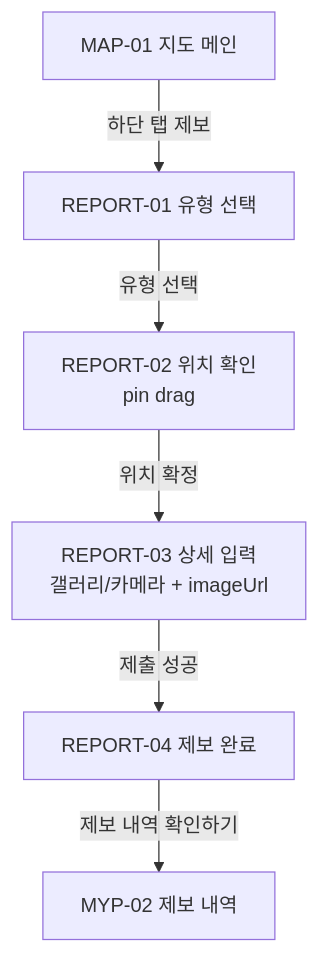
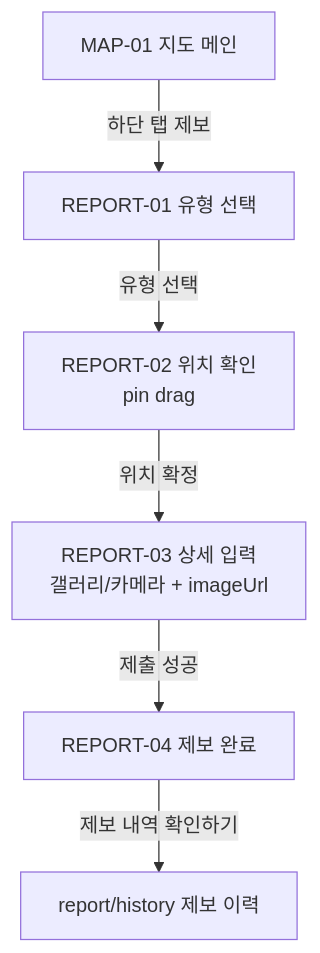
Before and after one commit to busaneumgil/busaneumgil: the second of 5 diagrams in FE/docs/2026-04-22_부산이음길_FE_화면_인벤토리_및_라우트_맵.md, drawn with Mermaid. The commit also changed other lines of this file and 3 other files, not shown here.

````diff
--- a/FE/docs/2026-04-22_부산이음길_FE_화면_인벤토리_및_라우트_맵.md
+++ b/FE/docs/2026-04-22_부산이음길_FE_화면_인벤토리_및_라우트_맵.md
@@ -574,8 +574,8 @@
 ```mermaid
 flowchart TD
     A["MAP-01 지도 메인"] -->|하단 탭 제보| B["REPORT-01 유형 선택"]
     B -->|유형 선택| C["REPORT-02 위치 확인<br/>pin drag"]
     C -->|위치 확정| D["REPORT-03 상세 입력<br/>갤러리/카메라 + imageUrl"]
     D -->|제출 성공| E["REPORT-04 제보 완료"]
-    E -->|제보 내역 확인하기| F["MYP-02 제보 내역"]
+    E -->|제보 내역 확인하기| F["report/history 제보 이력"]
 ```
````
